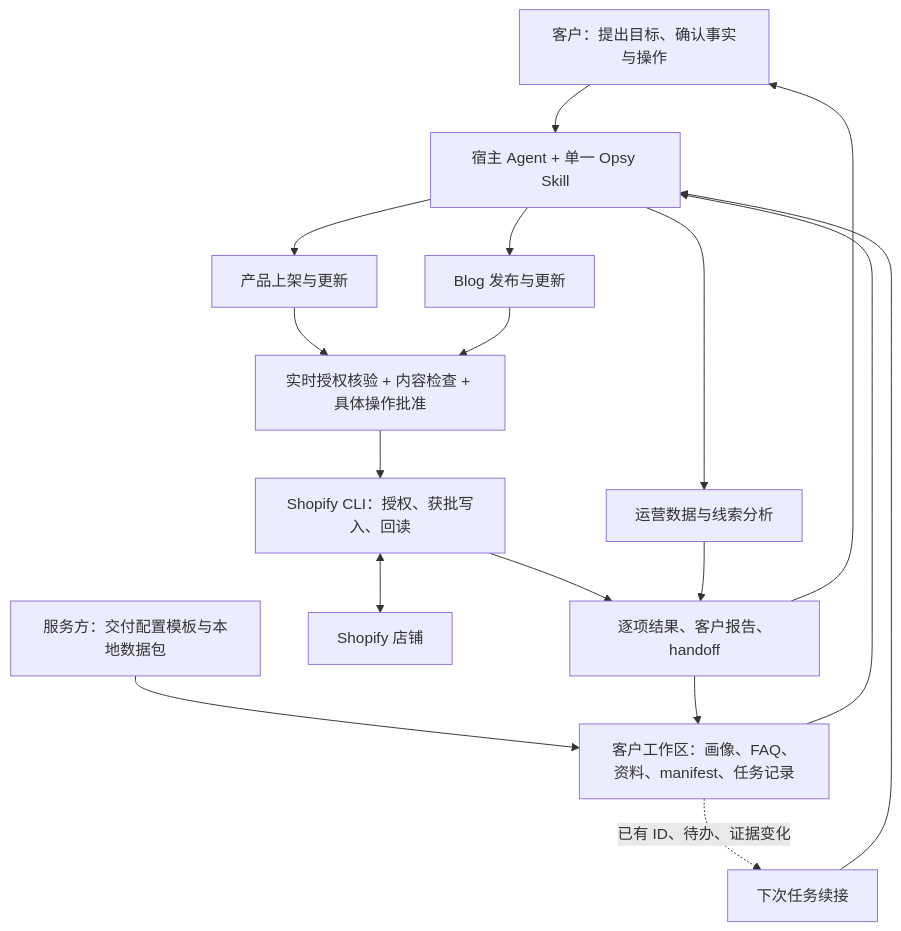
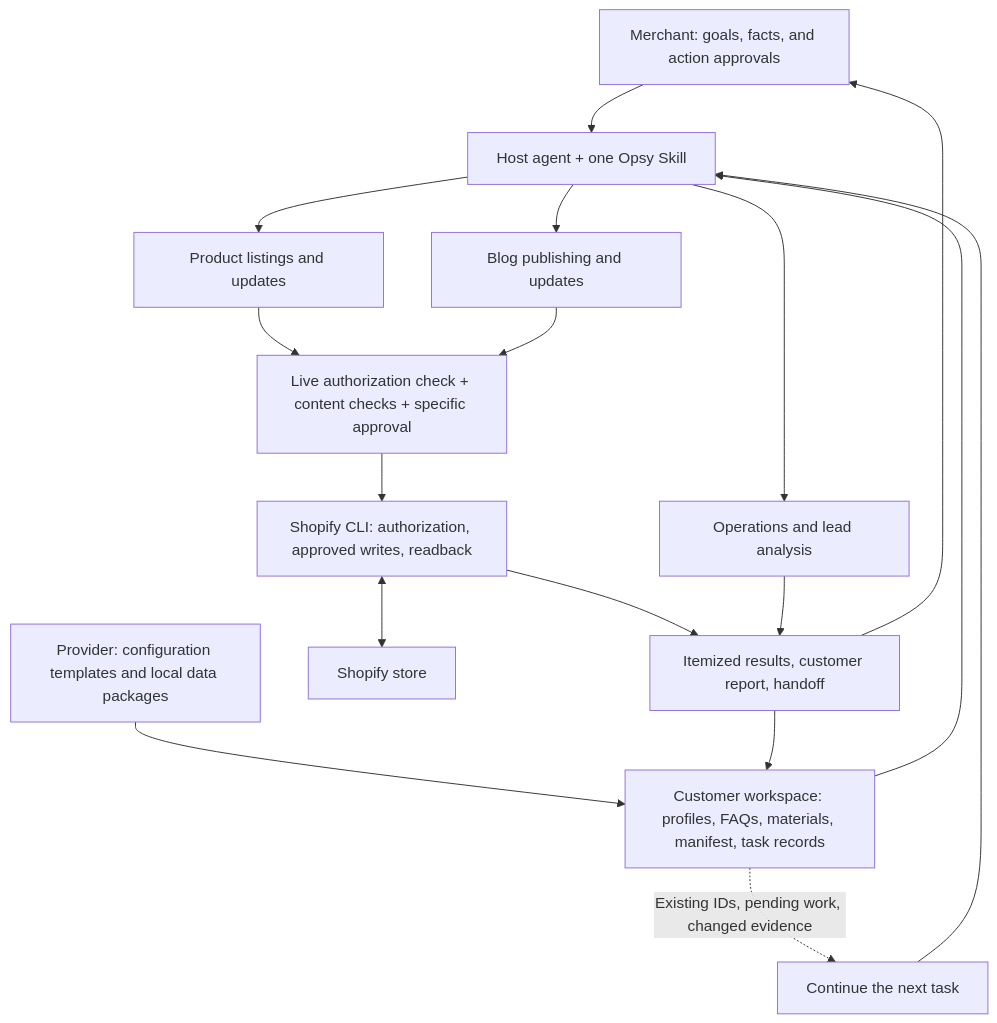
One commit to xenos2025/Opsy changed the first of 2 diagrams in README.md. Above: the diagram before and after it, drawn with Mermaid. The commit also changed other lines of this file and 46 other files, not shown here.

Commit message:
feat(opsy): standardize customer configuration and bilingual docs

````diff
--- a/README.md
+++ b/README.md
@@ -53,19 +61,19 @@
 ```mermaid
 flowchart TB
-    User["客户：提出目标、确认事实与操作"] --> Agent["宿主 Agent + 单一 Opsy Skill"]
-    Provider["服务方：交付配置模板与本地数据包"] --> Workspace
-    Workspace["客户工作区：画像、FAQ、资料、manifest、任务记录"] --> Agent
-    Agent --> Product["产品上架与更新"]
-    Agent --> Blog["Blog 发布与更新"]
-    Agent --> Data["运营数据与线索分析"]
-    Product --> Gate["实时授权核验 + 内容检查 + 具体操作批准"]
+    User["Merchant: goals, facts, and action approvals"] --> Agent["Host agent + one Opsy Skill"]
+    Provider["Provider: configuration templates and local data packages"] --> Workspace
+    Workspace["Customer workspace: profiles, FAQs, materials, manifest, task records"] --> Agent
+    Agent --> Product["Product listings and updates"]
+    Agent --> Blog["Blog publishing and updates"]
+    Agent --> Data["Operations and lead analysis"]
+    Product --> Gate["Live authorization check + content checks + specific approval"]
     Blog --> Gate
-    Gate --> CLI["Shopify CLI：授权、获批写入、回读"]
-    CLI <--> Shopify["Shopify 店铺"]
-    CLI --> Result["逐项结果、客户报告、handoff"]
+    Gate --> CLI["Shopify CLI: authorization, approved writes, readback"]
+    CLI <--> Shopify["Shopify store"]
+    CLI --> Result["Itemized results, customer report, handoff"]
     Data --> Result
     Result --> Workspace
     Result --> User
-    Workspace -. "已有 ID、待办、证据变化" .-> Resume["下次任务续接"]
+    Workspace -. "Existing IDs, pending work, changed evidence" .-> Resume["Continue the next task"]
     Resume --> Agent
 ```
````
